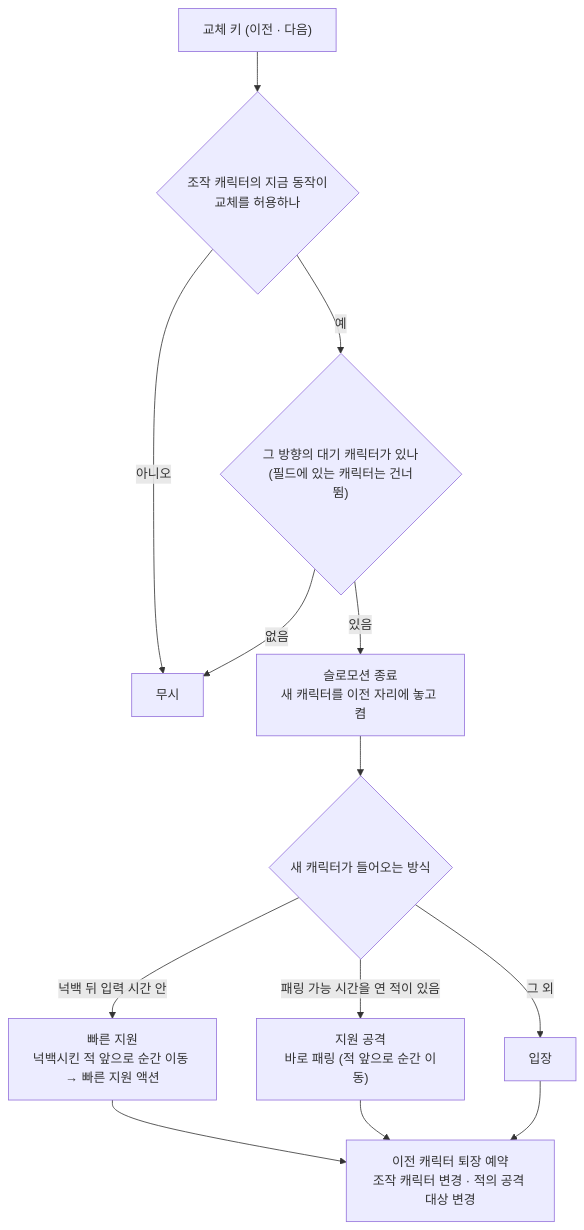
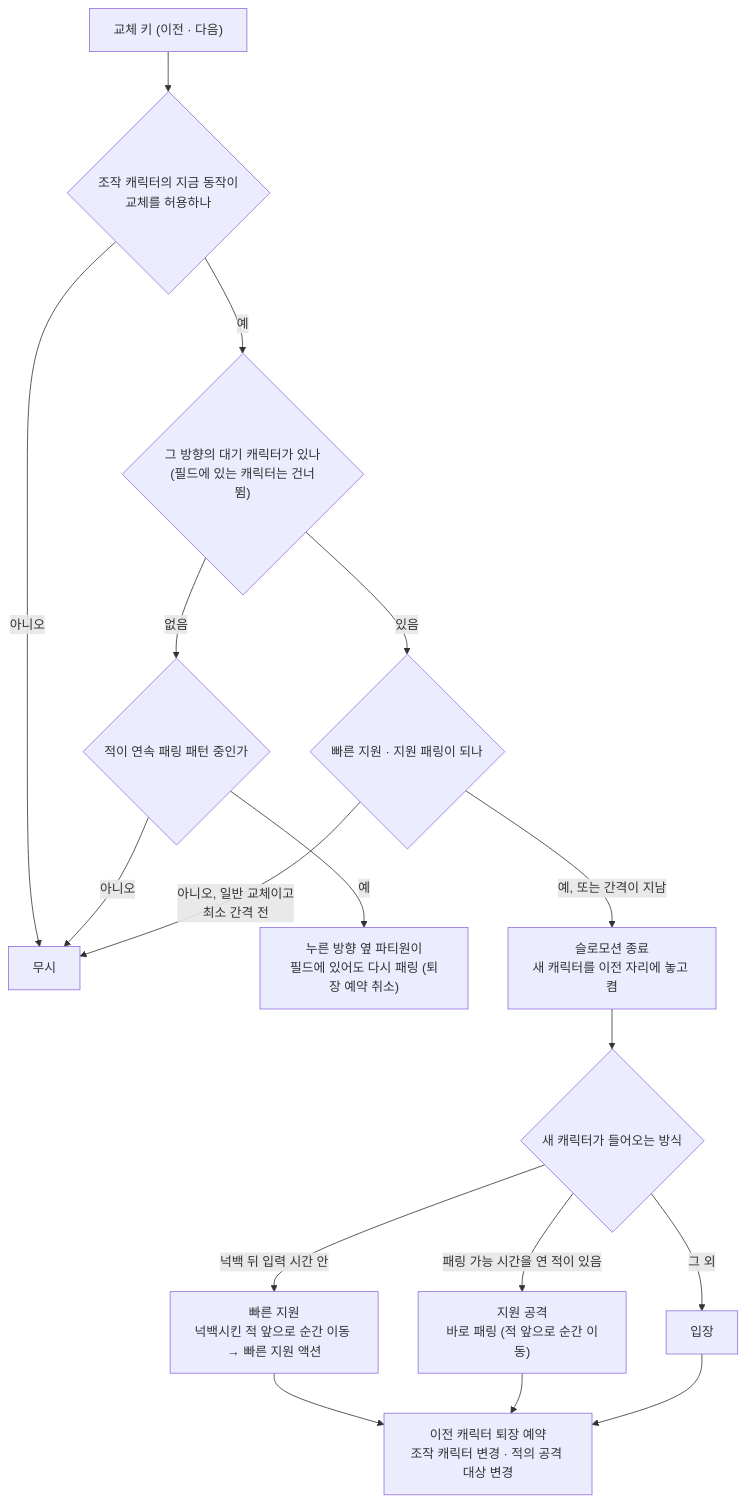
The second of 4 diagrams in Docs/Technical/Player/PlayerParty.md (SquashPrince/Develrocket_mp15_HHH), drawn with Mermaid before and after one commit. The commit also changed other lines of this file and 9 other files, not shown here.

````diff
--- a/Docs/Technical/Player/PlayerParty.md
+++ b/Docs/Technical/Player/PlayerParty.md
@@ -43,13 +43,17 @@
 ```mermaid
 flowchart TD
     K["교체 키 (이전 · 다음)"] --> A{"조작 캐릭터의 지금 동작이<br>교체를 허용하나"}
     A -->|"아니오"| X["무시"]
     A -->|"예"| F{"그 방향의 대기 캐릭터가 있나<br>(필드에 있는 캐릭터는 건너뜀)"}
-    F -->|"없음"| X
-    F -->|"있음"| S["슬로모션 종료<br>새 캐릭터를 이전 자리에 놓고 켬"]
+    F -->|"없음"| CH{"적이 연속 패링 패턴 중인가"}
+    CH -->|"아니오"| X
+    CH -->|"예"| RP["누른 방향 옆 파티원이<br>필드에 있어도 다시 패링 (퇴장 예약 취소)"]
+    F -->|"있음"| G{"빠른 지원 · 지원 패링이 되나"}
+    G -->|"아니오, 일반 교체이고<br>최소 간격 전"| X
+    G -->|"예, 또는 간격이 지남"| S["슬로모션 종료<br>새 캐릭터를 이전 자리에 놓고 켬"]
     S --> D{"새 캐릭터가 들어오는 방식"}
     D -->|"넉백 뒤 입력 시간 안"| Q["빠른 지원<br>넉백시킨 적 앞으로 순간 이동 → 빠른 지원 액션"]
     D -->|"패링 가능 시간을 연 적이 있음"| PA["지원 공격<br>바로 패링 (적 앞으로 순간 이동)"]
     D -->|"그 외"| IN["입장"]
     Q & PA & IN --> O["이전 캐릭터 퇴장 예약<br>조작 캐릭터 변경 · 적의 공격 대상 변경"]
 ```
````
